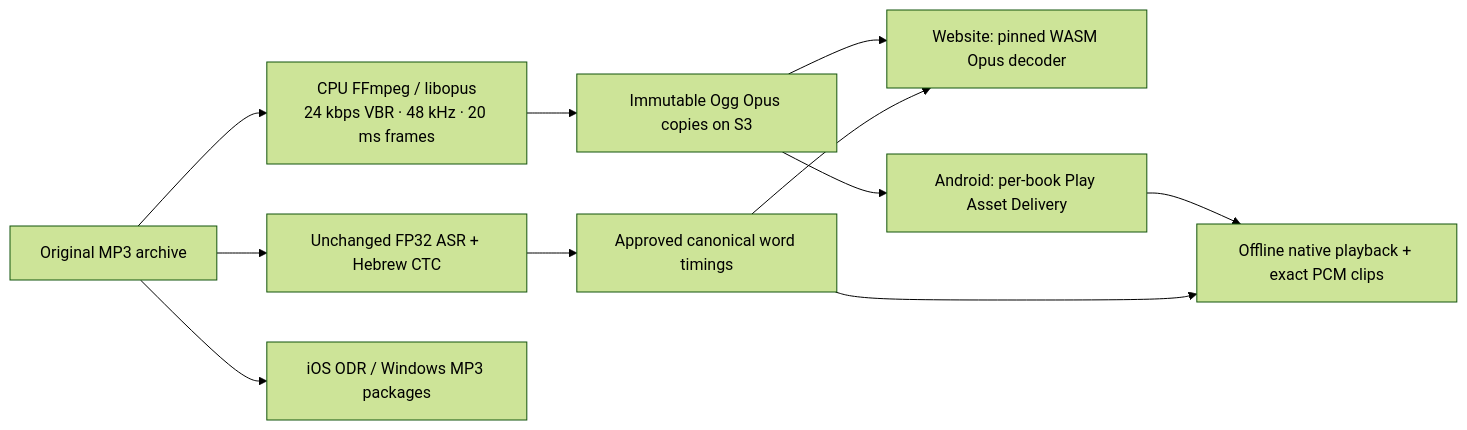
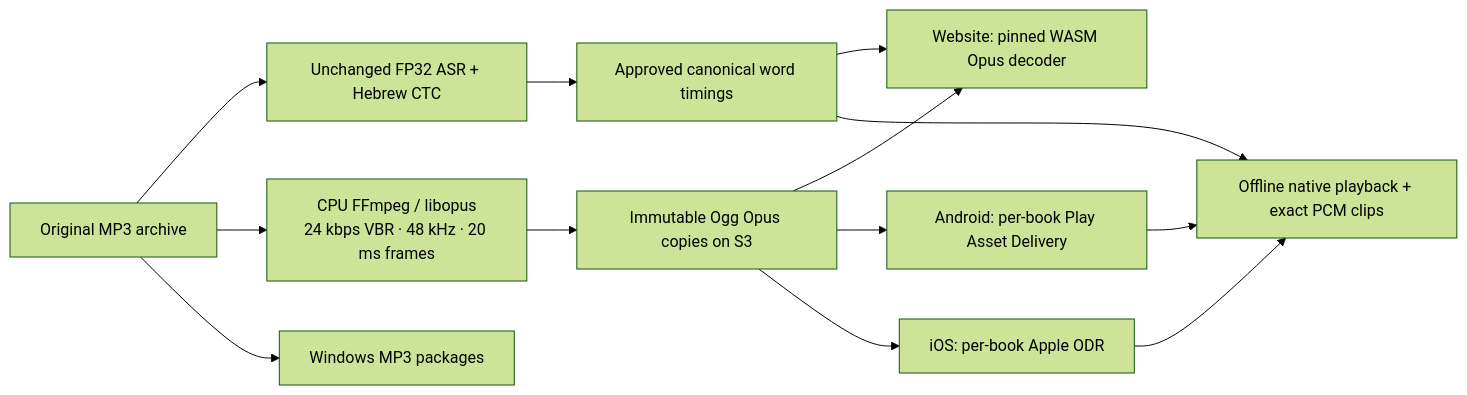
One commit to bible-on-site/bible-on-site changed the diagram in data/recitation/PLAYBACK.md. Above: the diagram before and after it, drawn with Mermaid (forest theme). The commit also changed other lines of this file and 5 other files, not shown here.

Commit message:
Package immutable Opus playback for iOS ODR book extensions

````diff
--- a/data/recitation/PLAYBACK.md
+++ b/data/recitation/PLAYBACK.md
@@ -5,13 +5,15 @@
 ```mermaid
 flowchart LR
     MP3[Original MP3 archive] --> GPU[Unchanged FP32 ASR + Hebrew CTC]
     GPU --> Timings[Approved canonical word timings]
     MP3 --> CPU[CPU FFmpeg / libopus\n24 kbps VBR · 48 kHz · 20 ms frames]
     CPU --> OGG[Immutable Ogg Opus copies on S3]
     OGG --> Web[Website: pinned WASM Opus decoder]
     OGG --> PAD[Android: per-book Play Asset Delivery]
+    OGG --> ODR[iOS: per-book Apple ODR]
     PAD --> App[Offline native playback + exact PCM clips]
+    ODR --> App
     Timings --> Web
     Timings --> App
-    MP3 --> ODR[iOS ODR / Windows MP3 packages]
+    MP3 --> WIN[Windows MP3 packages]
 ```
````
